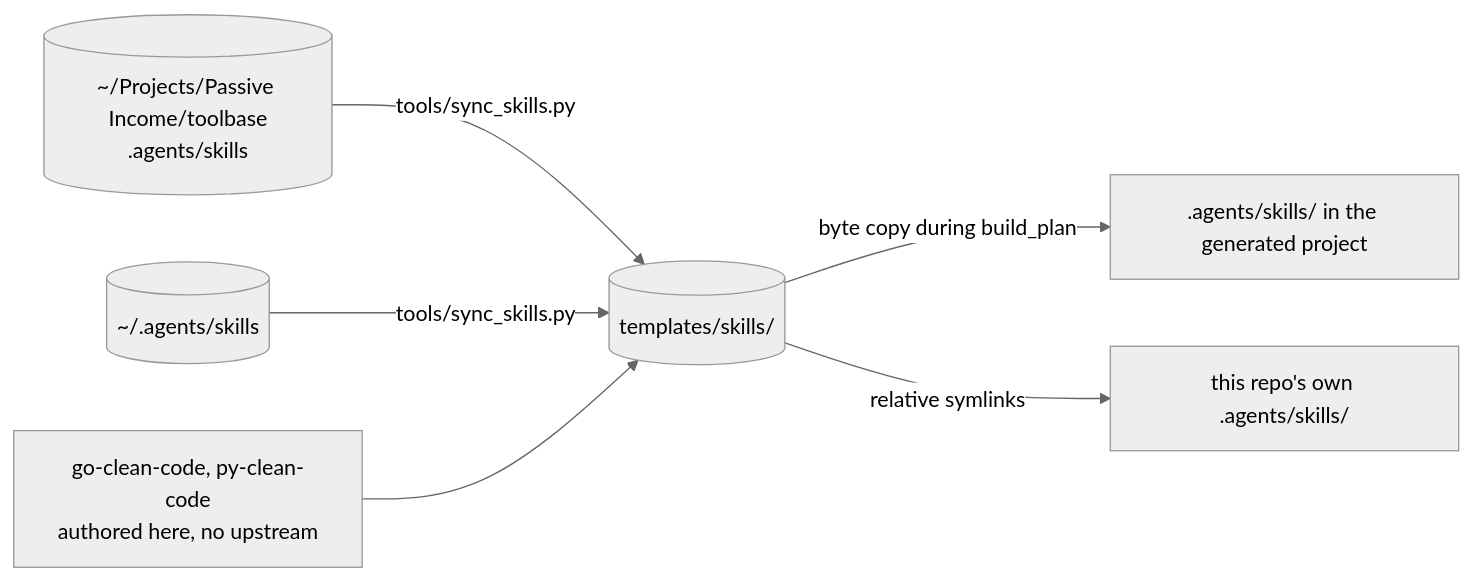
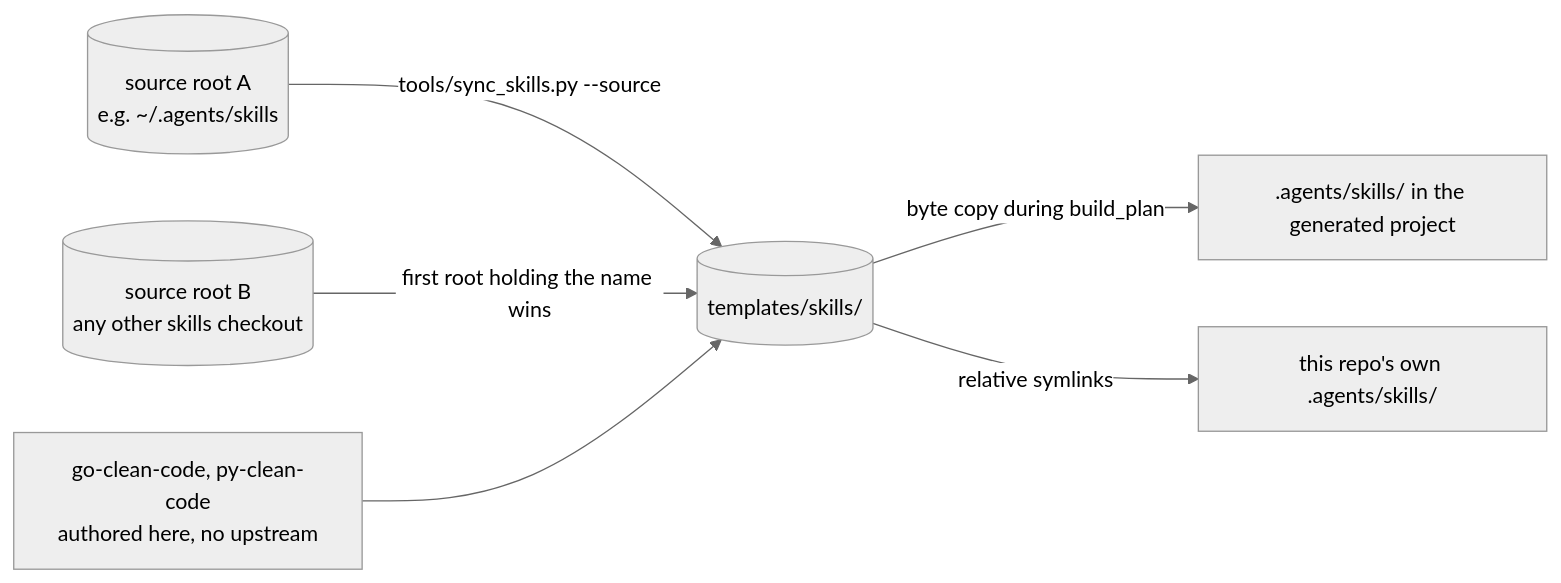
Before and after one commit to dash-sarthak/agent-bootstrap: the third of 4 diagrams in README.md, drawn with Mermaid (neutral theme). The commit also changed other lines of this file and 11 other files, not shown here.

````diff
--- a/README.md
+++ b/README.md
@@ -73,8 +73,8 @@
 ```mermaid
 flowchart LR
-    tb[("~/Projects/Passive Income/toolbase<br/>.agents/skills")] -->|"tools/sync_skills.py"| vend[("templates/skills/")]
-    home[("~/.agents/skills")] -->|"tools/sync_skills.py"| vend
+    src1[("source root A<br/>e.g. ~/.agents/skills")] -->|"tools/sync_skills.py --source"| vend[("templates/skills/")]
+    src2[("source root B<br/>any other skills checkout")] -->|"first root holding the name wins"| vend
     own["go-clean-code, py-clean-code<br/>authored here, no upstream"] --> vend
     vend -->|"byte copy during build_plan"| gen[".agents/skills/ in the generated project"]
     vend -->|"relative symlinks"| self["this repo's own .agents/skills/"]
 ```
````
